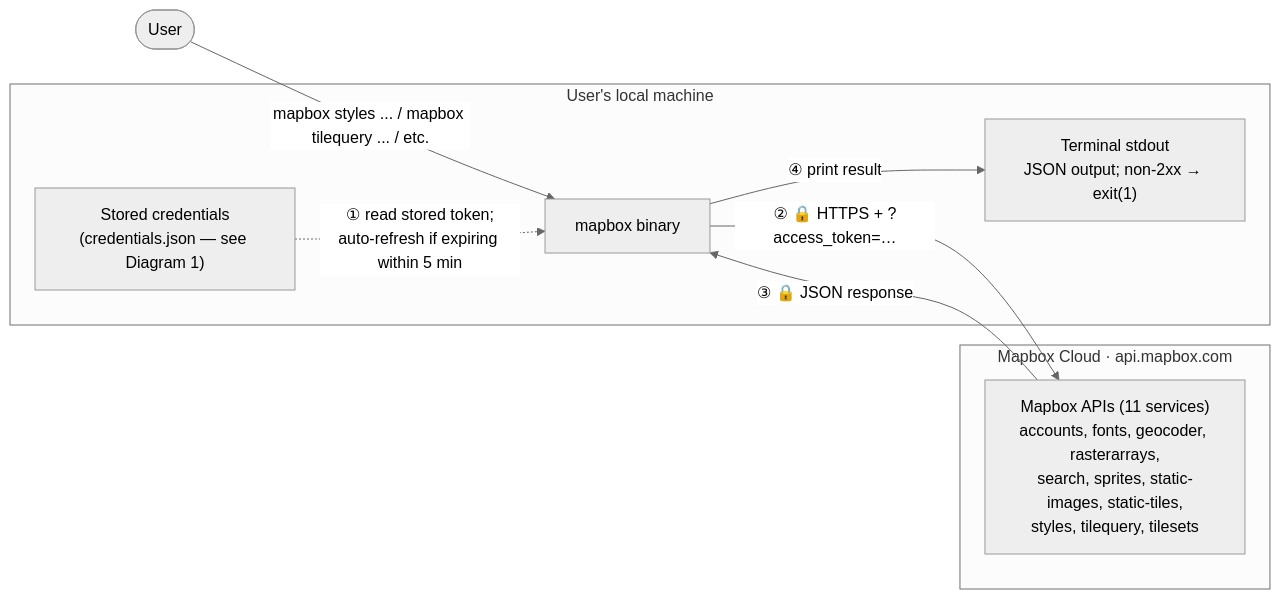
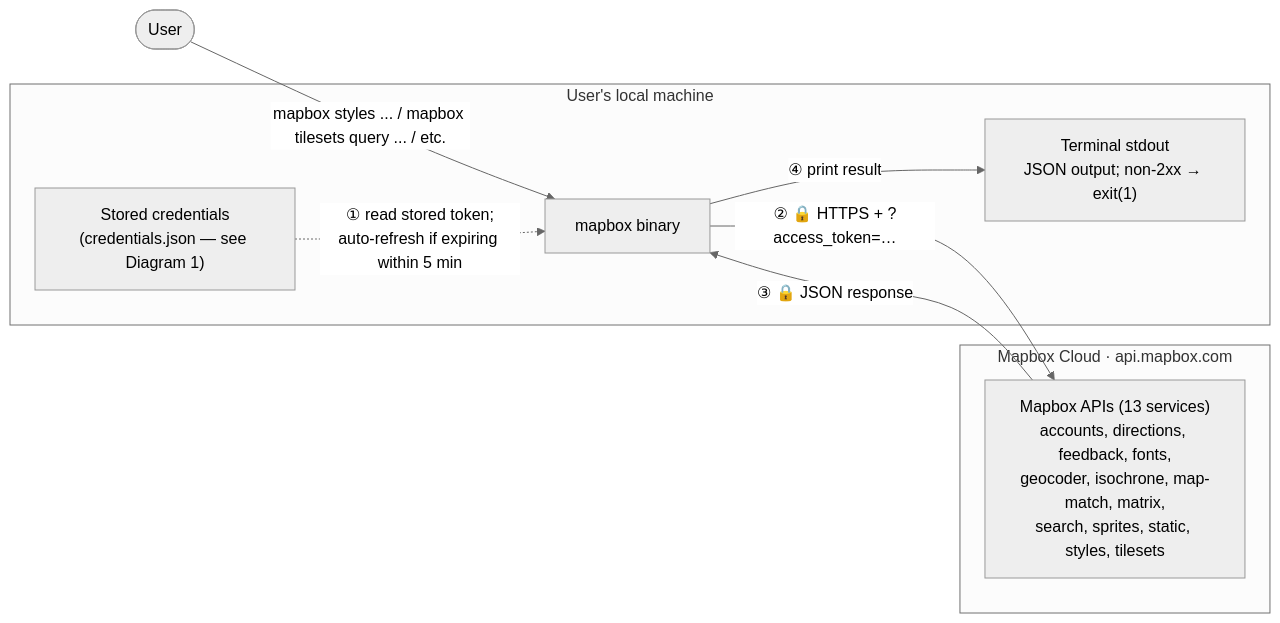
One commit to mapbox/mapbox-cli changed the second of 4 diagrams in docs/architecture.md. Above: the diagram before and after it, drawn with Mermaid (neutral theme). The commit also changed other lines of this file, not shown here.

First line of the commit message:
Fix stale service list and telemetry claims in docs/architecture.md

````diff
--- a/docs/architecture.md
+++ b/docs/architecture.md
@@ -78,20 +78,20 @@
 ```mermaid
 flowchart LR
     user(["User"])
 
     subgraph local["User's local machine"]
         bin["mapbox binary"]
         store["Stored credentials<br/>(credentials.json — see Diagram 1)"]
         out["Terminal stdout<br/>JSON output; non-2xx → exit(1)"]
     end
 
     subgraph cloud["Mapbox Cloud · api.mapbox.com"]
-        api["Mapbox APIs (11 services)<br/>accounts, fonts, geocoder, rasterarrays,<br/>search, sprites, static-images, static-tiles,<br/>styles, tilequery, tilesets"]
+        api["Mapbox APIs (13 services)<br/>accounts, directions, feedback, fonts,<br/>geocoder, isochrone, map-match, matrix,<br/>search, sprites, static, styles, tilesets"]
     end
 
-    user -- "mapbox styles ... / mapbox tilequery ... / etc." --> bin
+    user -- "mapbox styles ... / mapbox tilesets query ... / etc." --> bin
     store -. "① read stored token;<br/>auto-refresh if expiring within 5 min" .-> bin
     bin -- "② 🔒 HTTPS + ?access_token=…" --> api
     api -- "③ 🔒 JSON response" --> bin
     bin -- "④ print result" --> out
 ```
````
